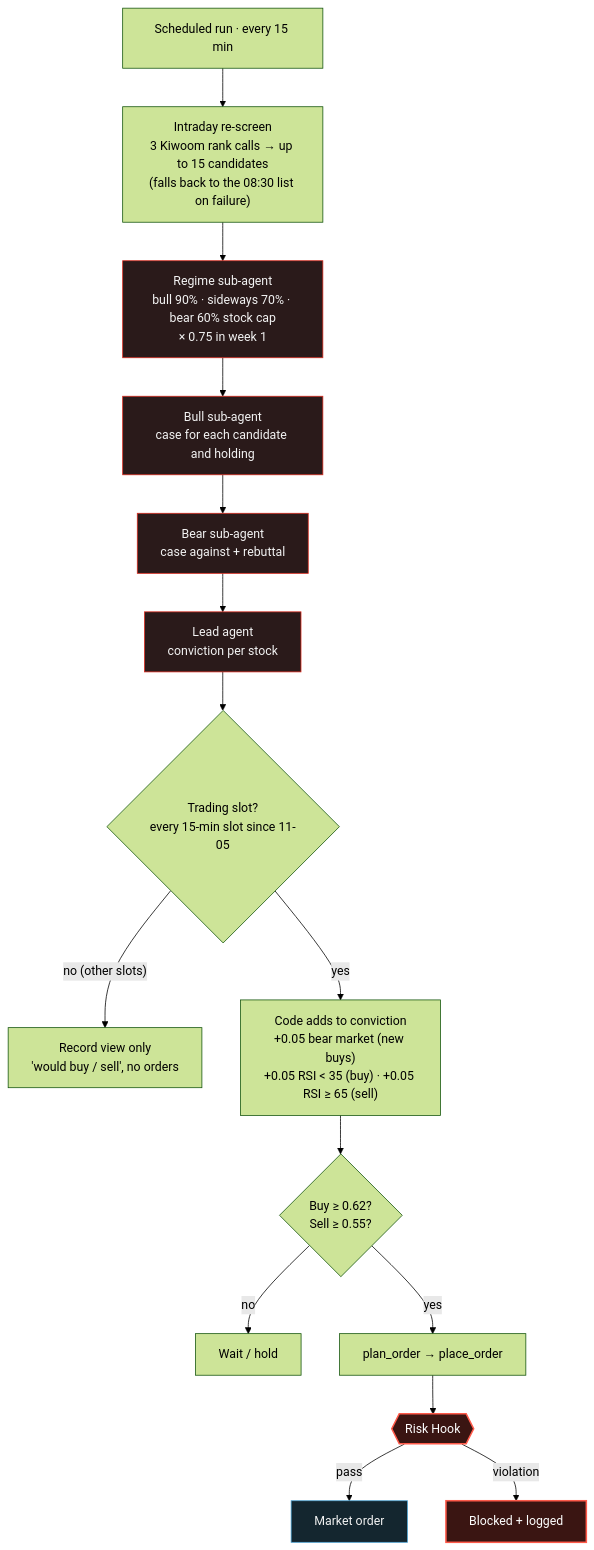
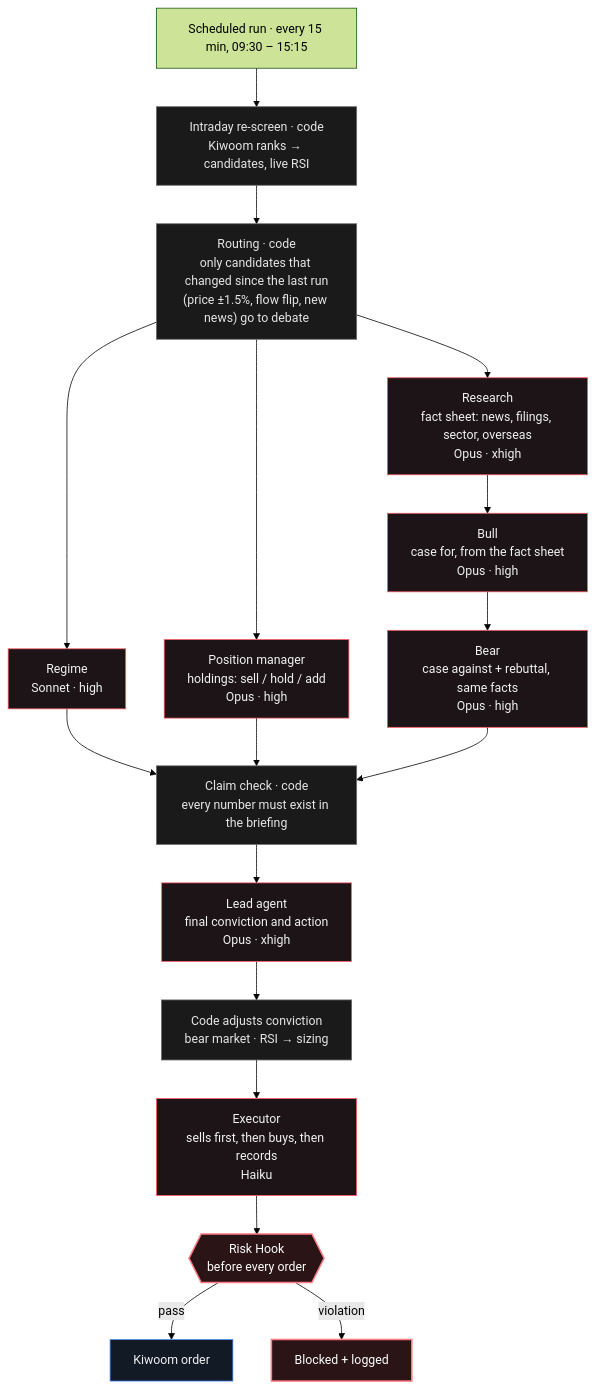
Before and after one commit to isopink/hynix-298f: the diagram in assets/diagrams/decision.en.mmd, drawn with Mermaid (forest theme). The commit also changed 18 other files, not shown here.

```diff
--- a/assets/diagrams/decision.en.mmd
+++ b/assets/diagrams/decision.en.mmd
@@ -1,21 +1,25 @@
 flowchart TB
-    S["Scheduled run · every 15 min"] --> P["Intraday re-screen<br/>3 Kiwoom rank calls → up to 15 candidates<br/>(falls back to the 08:30 list on failure)"]
-    P --> G["Regime sub-agent<br/>bull 90% · sideways 70% · bear 60% stock cap<br/>× 0.75 in week 1"]
-    G --> B["Bull sub-agent<br/>case for each candidate and holding"]
-    B --> R["Bear sub-agent<br/>case against + rebuttal"]
-    R --> L["Lead agent<br/>conviction per stock"]
-    L --> T{"Trading slot?<br/>every 15-min slot since 11-05"}
-    T -- "no (other slots)" --> V["Record view only<br/>'would buy / sell', no orders"]
-    T -- yes --> C["Code adds to conviction<br/>+0.05 bear market (new buys)<br/>+0.05 RSI < 35 (buy) · +0.05 RSI ≥ 65 (sell)"]
-    C --> Q{"Buy ≥ 0.62?<br/>Sell ≥ 0.55?"}
-    Q -- no --> W["Wait / hold"]
-    Q -- yes --> Z["plan_order → place_order"]
-    Z --> H{{"Risk Hook"}}
-    H -- pass --> O["Market order"]
+    S["Scheduled run · every 15 min, 09:30 – 15:15"] --> P["Intraday re-screen · code<br/>Kiwoom ranks → candidates, live RSI"]
+    P --> RT["Routing · code<br/>only candidates that changed since the last run<br/>(price ±1.5%, flow flip, new news) go to debate"]
+    RT --> G["Regime<br/>Sonnet · high"]
+    RT --> PO["Position manager<br/>holdings: sell / hold / add<br/>Opus · high"]
+    RT --> RS["Research<br/>fact sheet: news, filings, sector, overseas<br/>Opus · xhigh"]
+    RS --> B["Bull<br/>case for, from the fact sheet<br/>Opus · high"]
+    B --> R["Bear<br/>case against + rebuttal, same facts<br/>Opus · high"]
+    G --> V
+    PO --> V
+    R --> V["Claim check · code<br/>every number must exist in the briefing"]
+    V --> L["Lead agent<br/>final conviction and action<br/>Opus · xhigh"]
+    L --> C["Code adjusts conviction<br/>bear market · RSI → sizing"]
+    C --> E["Executor<br/>sells first, then buys, then records<br/>Haiku"]
+    E --> H{{"Risk Hook<br/>before every order"}}
+    H -- pass --> O["Kiwoom order"]
     H -- violation --> X["Blocked + logged"]
-    classDef agent fill:#2a1a1a,stroke:#da291c,color:#f3f3f3
-    classDef hook fill:#3a1512,stroke:#ff5a4a,stroke-width:2px,color:#ffffff
-    classDef ok fill:#14262f,stroke:#4aa3d4,color:#f3f3f3
-    class G,B,R,L agent
+    classDef agent fill:#1c1416,stroke:#ff5a65,color:#f2f2f2
+    classDef code fill:#1a1a1a,stroke:#6a6a6a,color:#e6e6e6
+    classDef hook fill:#2a1416,stroke:#ff7a82,stroke-width:2px,color:#ffffff
+    classDef ok fill:#121a26,stroke:#4e94ff,color:#f2f2f2
+    class G,PO,RS,B,R,L,E agent
+    class P,RT,V,C code
     class H,X hook
     class O ok
```
